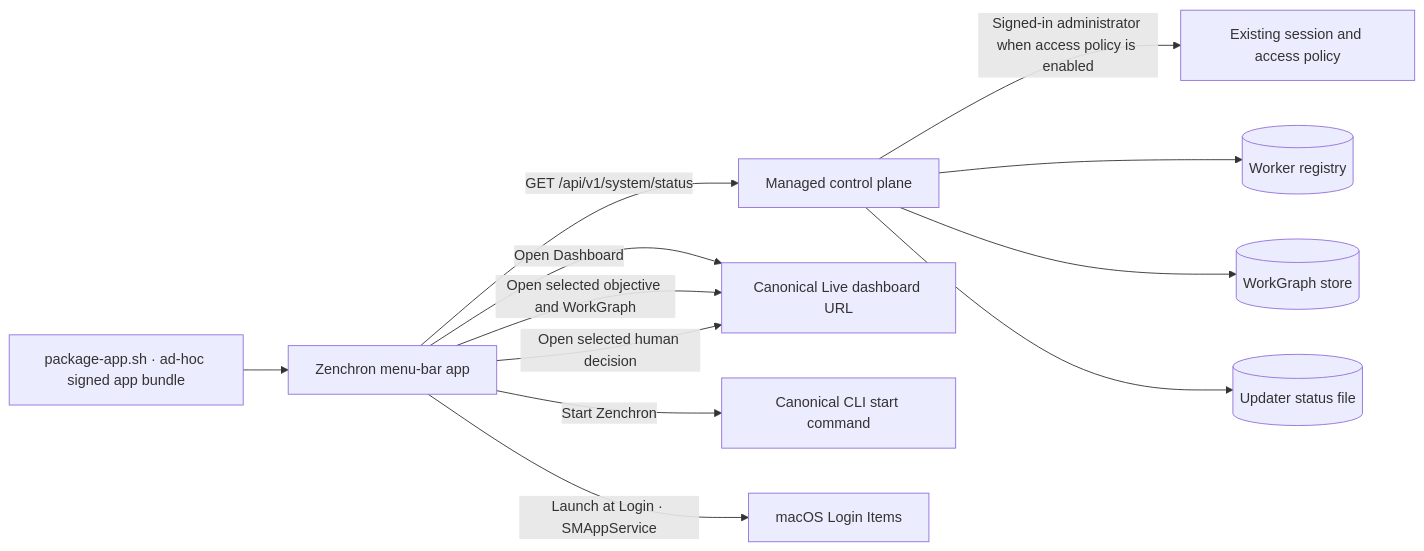
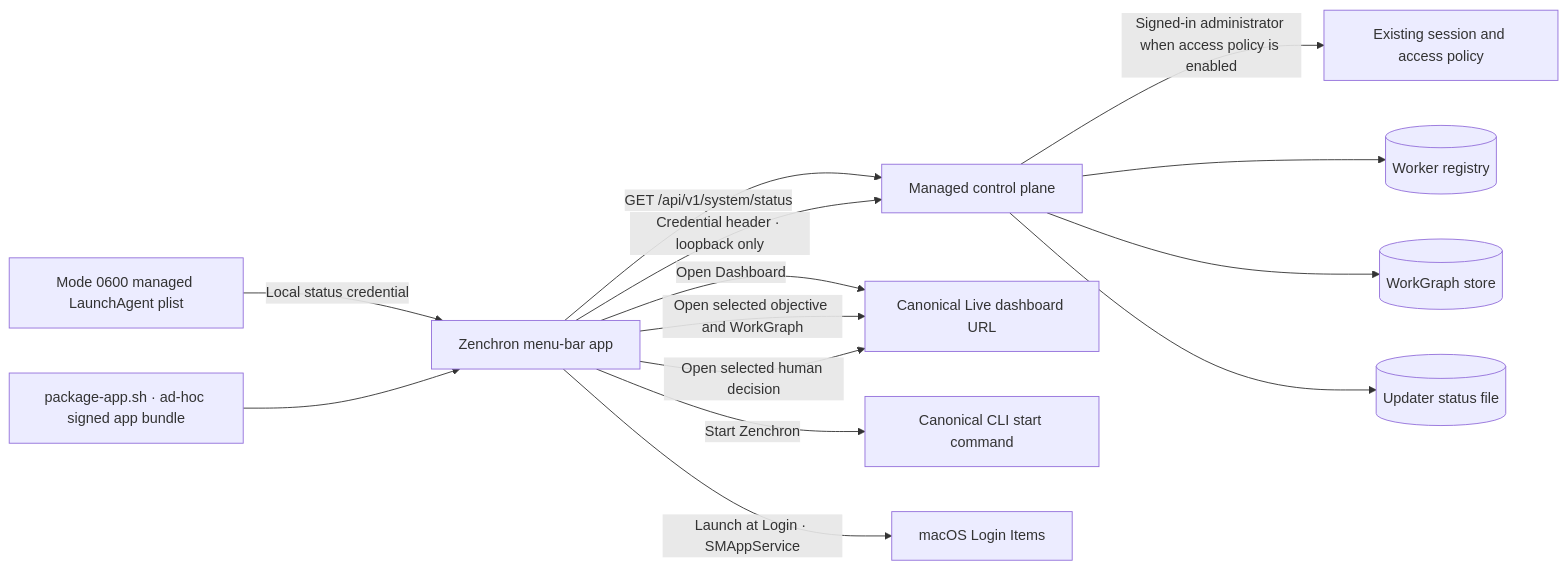
One commit to bogdaniel/zenchron-engineering-os changed the diagram in docs/features/macos-menu-bar-companion.md. Above: the diagram before and after it, drawn with Mermaid. The commit also changed other lines of this file and 7 other files, not shown here.

Commit message:
fix(status): authenticate local companion requests

````diff
--- a/docs/features/macos-menu-bar-companion.md
+++ b/docs/features/macos-menu-bar-companion.md
@@ -8,14 +8,16 @@
 ```mermaid
 flowchart LR
   Companion[Zenchron menu-bar app] -->|GET /api/v1/system/status| API[Managed control plane]
+  LaunchAgent[Mode 0600 managed LaunchAgent plist] -->|Local status credential| Companion
+  Companion -->|Credential header · loopback only| API
   API -->|Signed-in administrator when access policy is enabled| Auth[Existing session and access policy]
   API --> Workers[(Worker registry)]
   API --> Graphs[(WorkGraph store)]
   API --> Update[(Updater status file)]
   Companion -->|Open Dashboard| Browser[Canonical Live dashboard URL]
   Companion -->|Open selected objective and WorkGraph| Browser
   Companion -->|Open selected human decision| Browser
   Companion -->|Start Zenchron| CLI[Canonical CLI start command]
   Bundle[package-app.sh · ad-hoc signed app bundle] --> Companion
   Companion -->|Launch at Login · SMAppService| Settings[macOS Login Items]
 ```
````
